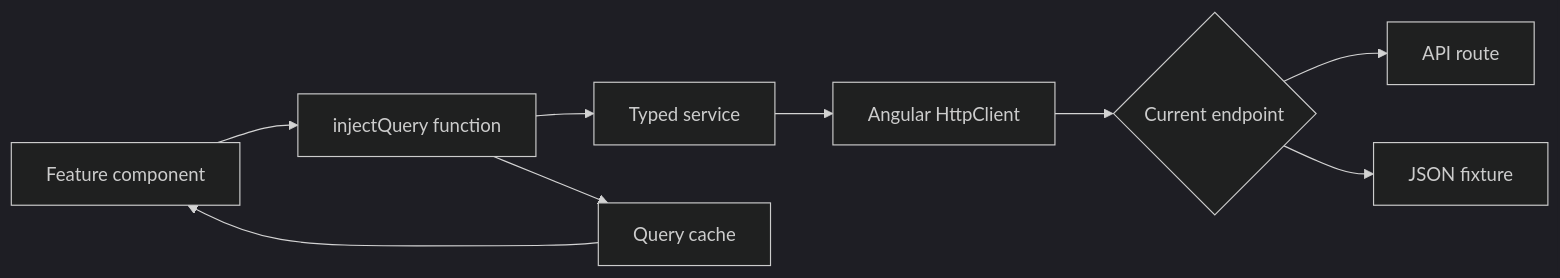
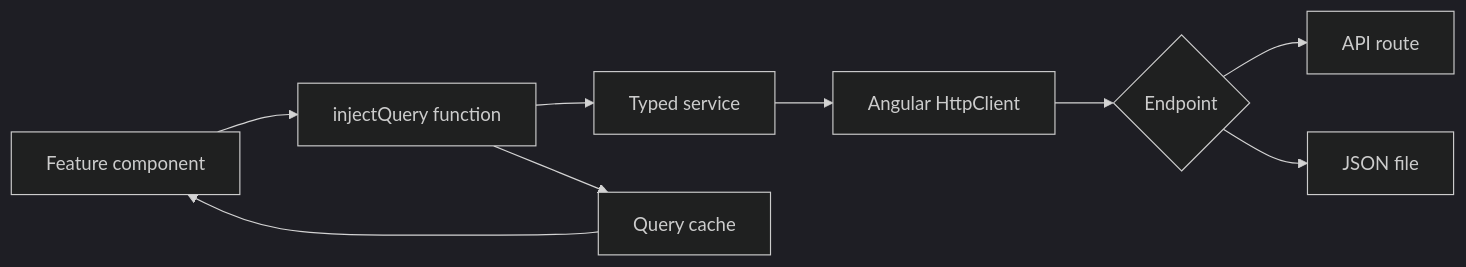
Before and after one commit to Kaizer-Systems/saha-textile: the first of 2 diagrams in docs/storefront/state-and-data.md, drawn with Mermaid (dark theme). The commit also changed other lines of this file and 92 other files, not shown here.

````diff
--- a/docs/storefront/state-and-data.md
+++ b/docs/storefront/state-and-data.md
@@ -35,11 +35,11 @@
 ```mermaid
 flowchart LR
     Component["Feature component"] --> Query["injectQuery function"]
     Query --> Service["Typed service"]
     Service --> Transport["Angular HttpClient"]
-    Transport --> Boundary{"Current endpoint"}
+    Transport --> Boundary{"Endpoint"}
     Boundary --> API["API route"]
-    Boundary --> Fixture["JSON fixture"]
+    Boundary --> Fixture["JSON file"]
     Query --> Cache["Query cache"]
     Cache --> Component
 ```
````
